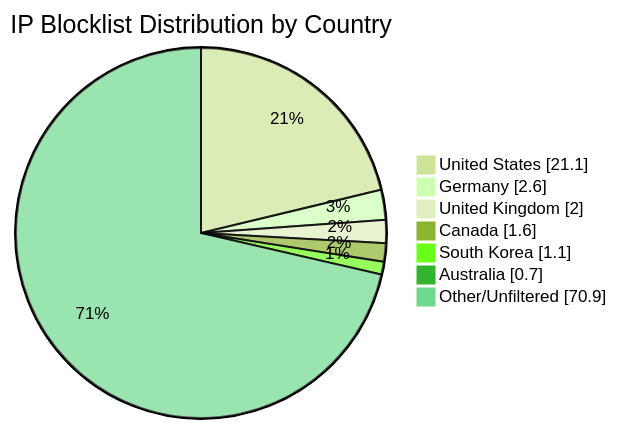
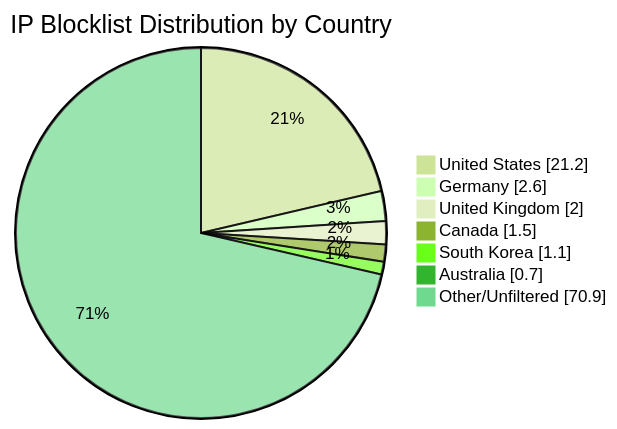
One commit to MarcusHoltz/ipblocklist-geofiltered-aggregator changed the diagram in README.md. Above: the diagram before and after it, drawn with Mermaid (forest theme). The commit also changed other lines of this file and 9 other files, not shown here.

````diff
--- a/README.md
+++ b/README.md
@@ -34,10 +34,10 @@
 ```mermaid
 pie showData title IP Blocklist Distribution by Country
-"United States" : 21.1
+"United States" : 21.2
 "Germany" : 2.6
 "United Kingdom" : 2.0
-"Canada" : 1.6
+"Canada" : 1.5
 "South Korea" : 1.1
 "Australia" : 0.7
 "Other/Unfiltered" : 70.9
 ```
````
